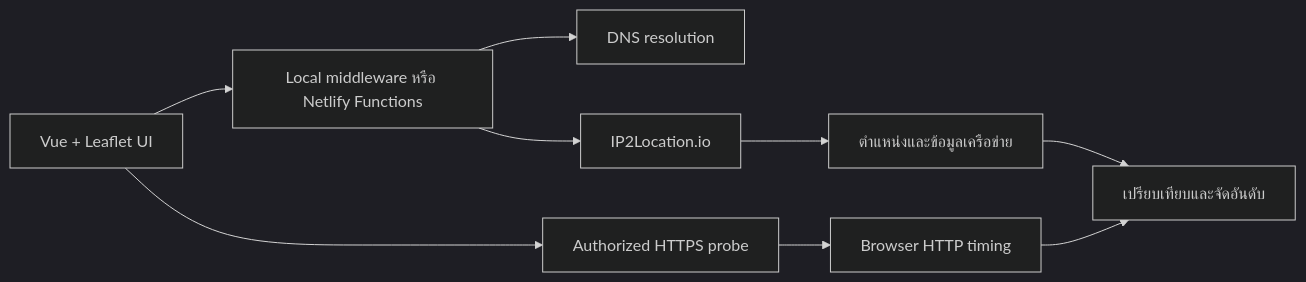
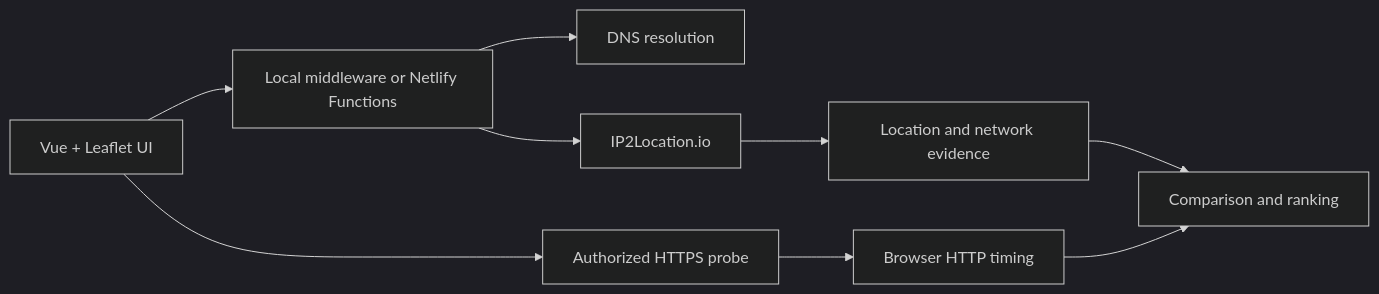
Before and after one commit to timor2542/sakurath-geoip2route: the diagram in README.md, drawn with Mermaid (dark theme). The commit also changed other lines of this file and 1 other file, not shown here.

````diff
--- a/README.md
+++ b/README.md
@@ -155,11 +153,11 @@
 ```mermaid
 flowchart LR
-  A[Vue + Leaflet UI] --> B[Local middleware หรือ Netlify Functions]
+  A[Vue + Leaflet UI] --> B[Local middleware or Netlify Functions]
   B --> C[DNS resolution]
   B --> D[IP2Location.io]
   A --> E[Authorized HTTPS probe]
-  D --> F[ตำแหน่งและข้อมูลเครือข่าย]
+  D --> F[Location and network evidence]
   E --> G[Browser HTTP timing]
-  F --> H[เปรียบเทียบและจัดอันดับ]
+  F --> H[Comparison and ranking]
   G --> H
 ```
````
